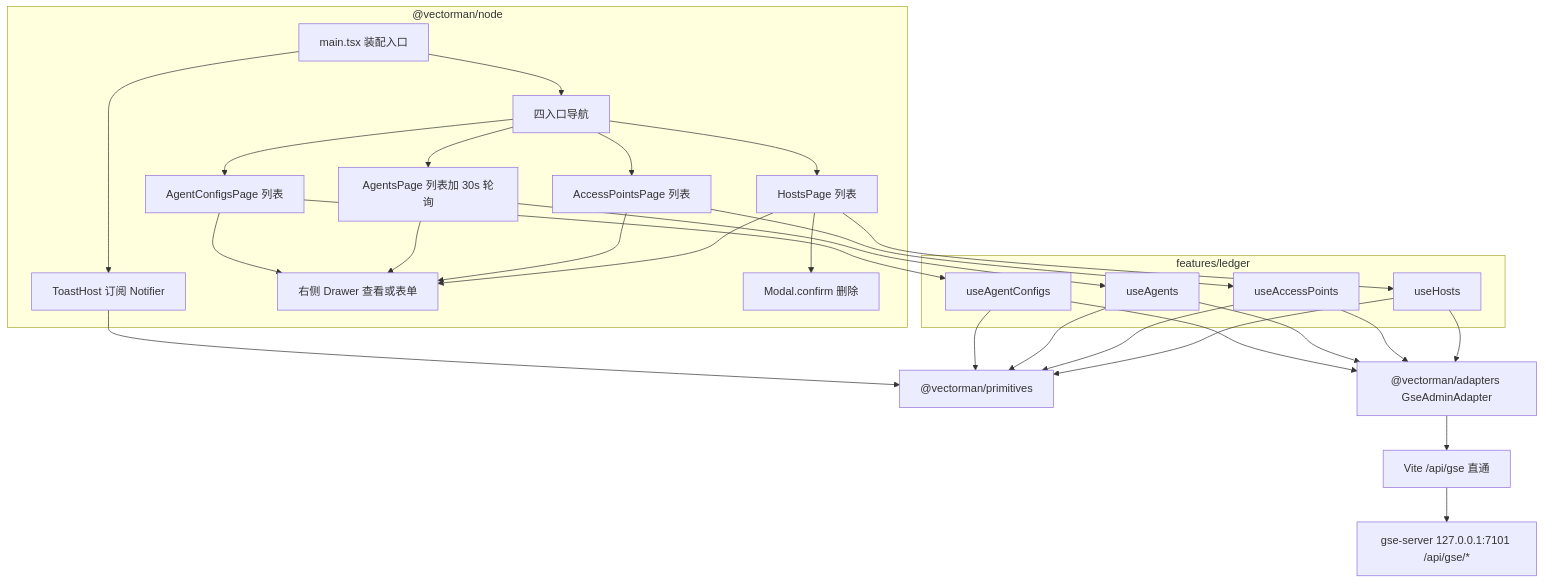
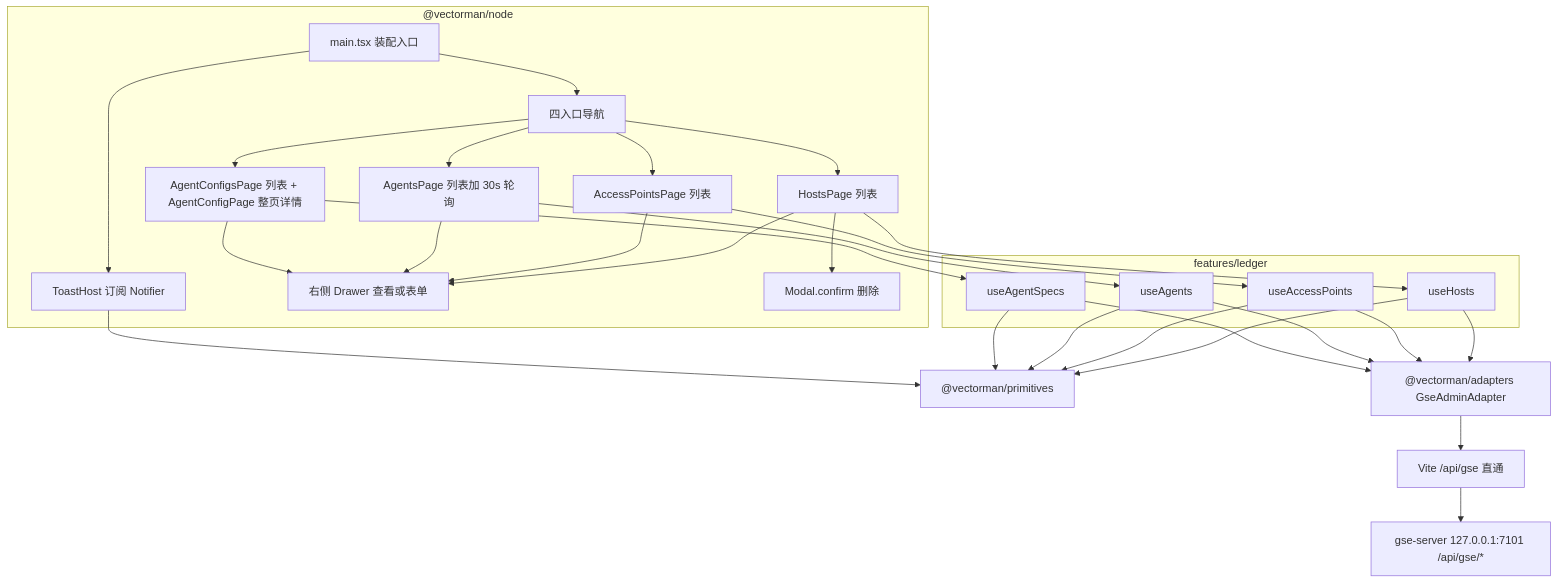
The diagram in .monkeycode/specs/gse-node-app/design.md (abrance/vectorman), drawn with Mermaid before and after one commit. The commit also changed other lines of this file and 12 other files, not shown here.

````diff
--- a/.monkeycode/specs/gse-node-app/design.md
+++ b/.monkeycode/specs/gse-node-app/design.md
@@ -14,50 +14,50 @@
 ```mermaid
 graph TD
     subgraph app ["@vectorman/node"]
         MAIN["main.tsx 装配入口"]
         TOAST["ToastHost 订阅 Notifier"]
         NAV["四入口导航"]
         HOSTS["HostsPage 列表"]
         APS["AccessPointsPage 列表"]
         AGENTS["AgentsPage 列表加 30s 轮询"]
-        CFGS["AgentConfigsPage 列表"]
+        CFGS["AgentConfigsPage 列表 + AgentConfigPage 整页详情"]
         DRAWER["右侧 Drawer 查看或表单"]
         MODAL["Modal.confirm 删除"]
     end
     subgraph features ["features/ledger"]
         HOSTF["useHosts"]
         APF["useAccessPoints"]
         AGF["useAgents"]
-        CFGF["useAgentConfigs"]
+        CFGF["useAgentSpecs"]
     end
     PRIM["@vectorman/primitives"]
     ADAPT["@vectorman/adapters GseAdminAdapter"]
     PROXY["Vite /api/gse 直通"]
     GSE["gse-server 127.0.0.1:7101 /api/gse/*"]
     MAIN --> TOAST
     MAIN --> NAV
     NAV --> HOSTS
     NAV --> APS
     NAV --> AGENTS
     NAV --> CFGS
     HOSTS --> DRAWER
     HOSTS --> MODAL
     APS --> DRAWER
     AGENTS --> DRAWER
     CFGS --> DRAWER
     HOSTS --> HOSTF
     APS --> APF
     AGENTS --> AGF
     CFGS --> CFGF
     HOSTF --> ADAPT
     APF --> ADAPT
     AGF --> ADAPT
     CFGF --> ADAPT
     HOSTF --> PRIM
     APF --> PRIM
     AGF --> PRIM
     CFGF --> PRIM
     TOAST --> PRIM
     ADAPT --> PROXY
     PROXY --> GSE
 ```
````
